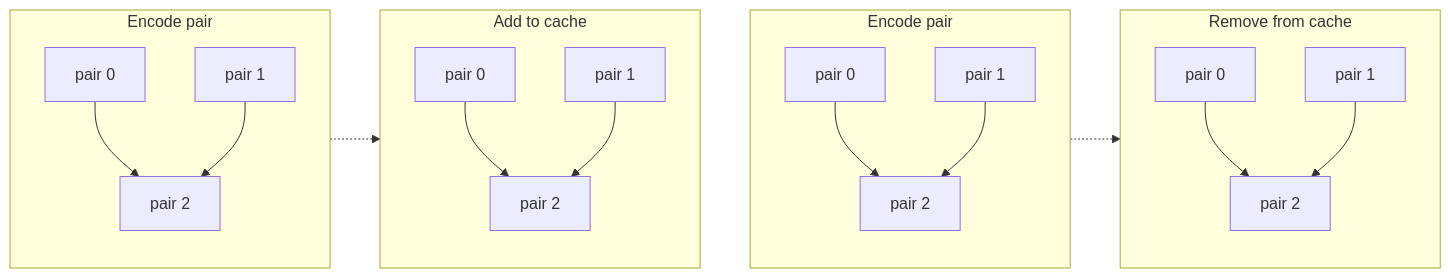
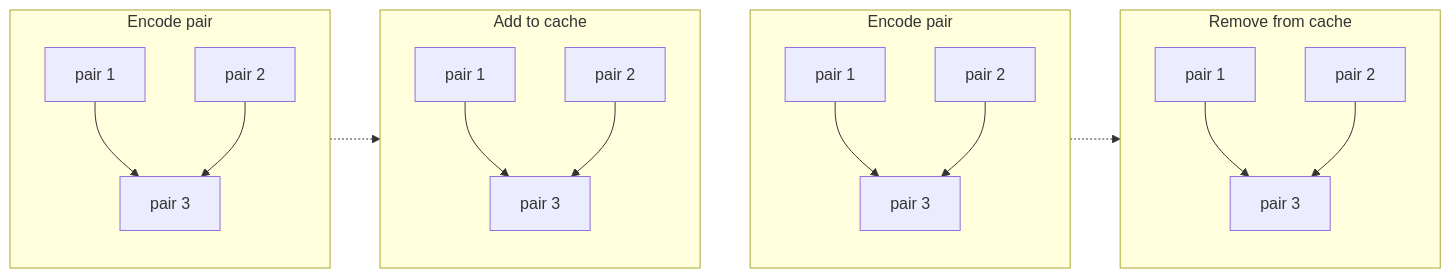
One commit to raviqqe/doc changed the diagram in slides/papers/stak-scheme/merge.mmd. Above: the diagram before and after it, drawn with Mermaid.

```diff
--- a/slides/papers/stak-scheme/merge.mmd
+++ b/slides/papers/stak-scheme/merge.mmd
@@ -1,34 +1,34 @@
 flowchart LR
   subgraph s0[Encode pair]
     direction TB
 
-    c0[pair 0]:::blue --> c2[pair 2]
-    c1[pair 1] --> c2
+    c0[pair 1]:::blue --> c2[pair 3]
+    c1[pair 2] --> c2
   end
 
   s0 -.-> s1
 
   subgraph s1[Add to cache]
     direction TB
 
-    c3[pair 0] --> c5[pair 2]:::blue
-    c4[pair 1] --> c5
+    c3[pair 1] --> c5[pair 3]:::blue
+    c4[pair 2] --> c5
   end
 
   s1 ~~~ s2
 
   subgraph s2[Encode pair]
     direction TB
 
-    c6[pair 0] --> c8[pair 2]
-    c7[pair 1]:::blue --> c8
+    c6[pair 1] --> c8[pair 3]
+    c7[pair 2]:::blue --> c8
   end
 
   s2 -.-> s3
 
   subgraph s3[Remove from cache]
     direction TB
 
-    c9[pair 0] --> c11[pair 2]:::red
-    c10[pair 1] --> c11
+    c9[pair 1] --> c11[pair 3]:::red
+    c10[pair 2] --> c11
   end
```
